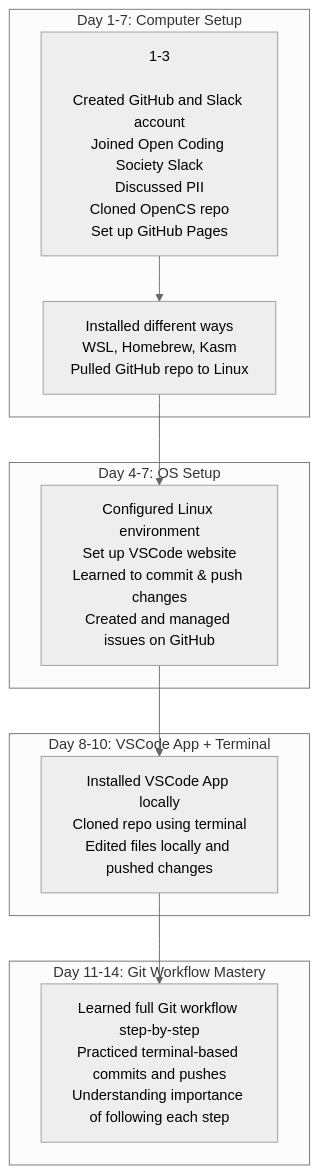
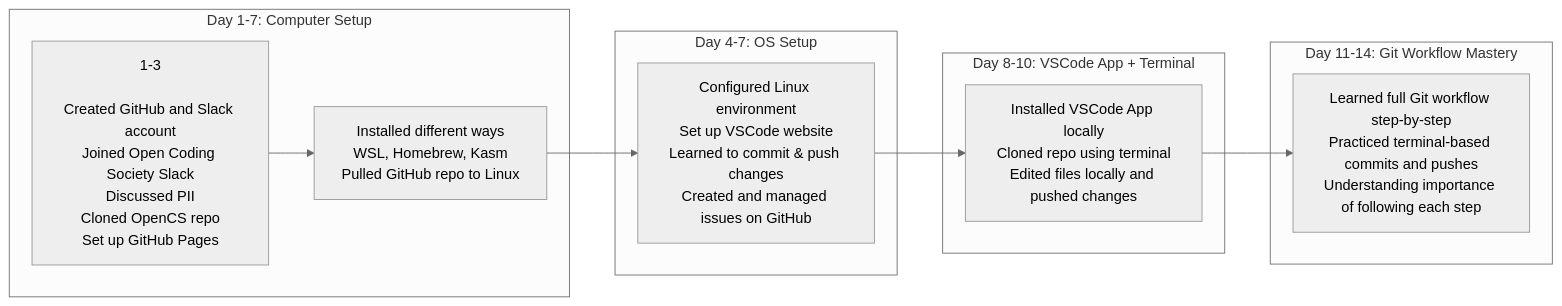
Before and after one commit to KMattAntonio256/student: the diagram in _posts/Foundation/B-tools_and_equipment/2025-11-21-tools_quest.md, drawn with Mermaid (neutral theme).

Commit message:
final change :D

````diff
--- a/_posts/Foundation/B-tools_and_equipment/2025-11-21-tools_quest.md
+++ b/_posts/Foundation/B-tools_and_equipment/2025-11-21-tools_quest.md
@@ -18,29 +18,29 @@
 ```mermaid
-flowchart TD
+flowchart LR
     %% Day 1-7: Computer Setup
     subgraph Day_1[Day 1-7: Computer Setup]
         A[1-3<br/><br/>Created GitHub and Slack account<br/>Joined Open Coding Society Slack<br/>Discussed PII<br/>Cloned OpenCS repo<br/>Set up GitHub Pages]:::dayuno
         B[Installed different ways<br/>WSL, Homebrew, Kasm<br/>Pulled GitHub repo to Linux]:::daydos
     end
 
     %% Day 4-7: OS Setup
     subgraph Day_2[Day 4-7: OS Setup]
         C[Configured Linux environment<br/>Set up VSCode website<br/>Learned to commit & push changes<br/>Created and managed issues on GitHub]:::daytres
     end
 
     %% Day 8-10: VSCode App & Terminal
     subgraph Day_3[Day 8-10: VSCode App + Terminal]
         D[Installed VSCode App locally<br/>Cloned repo using terminal<br/>Edited files locally and pushed changes]:::daycuatro
     end
 
     %% Day 11-14: Git Workflow Practice
     subgraph Day_4[Day 11-14: Git Workflow Mastery]
         E[Learned full Git workflow step-by-step<br/>Practiced terminal-based commits and pushes<br/>Understanding importance of following each step]:::daycinco
     end
 
     %% Connect the Phases
     A --> B
     B --> C
     C --> D
     D --> E
 ```
````
